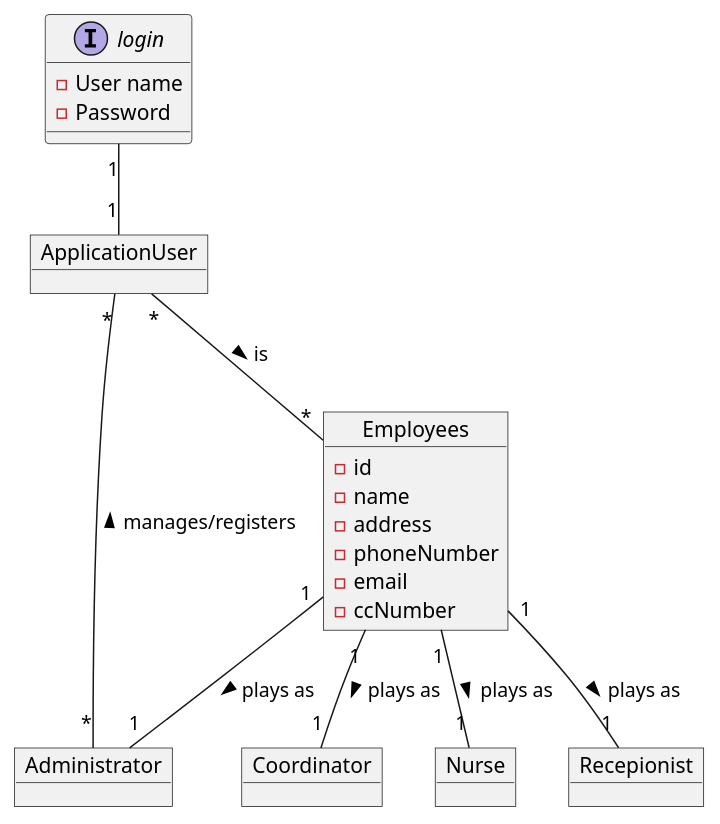
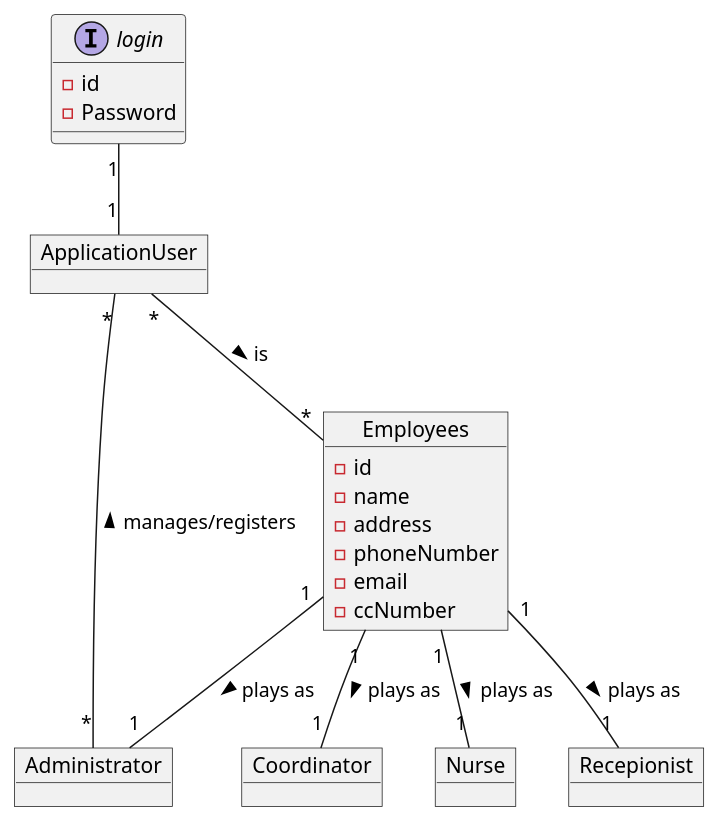
The diagram in docs/SprintB/US010/US010_DM.puml (osnilas/SNSsystem), drawn with PlantUML before and after one commit. The commit also changed 16 other files, not shown here.

```diff
--- a/docs/SprintB/US010/US010_DM.puml
+++ b/docs/SprintB/US010/US010_DM.puml
@@ -1,29 +1,29 @@
 @startuml
 'https://plantuml.com/class-diagram
 
 interface login{
--User name
+-id
 -Password
 }
 object Administrator
 object Coordinator
 object Nurse
 object Recepionist
 object Employees{
 -id
 -name
 -address
 -phoneNumber
 -email
 -ccNumber
 }
 object ApplicationUser
 
 ApplicationUser"*" -- "*"Employees: > is
 Administrator"*" -- "*" ApplicationUser: > manages/registers
 login"1"--"1"ApplicationUser
 Employees"1"--"1" Recepionist: > plays as
 Employees"1"--"1" Nurse: > plays as
 Employees"1"--"1" Coordinator: > plays as
 Employees"1"--"1" Administrator: > plays as
 @enduml
```
